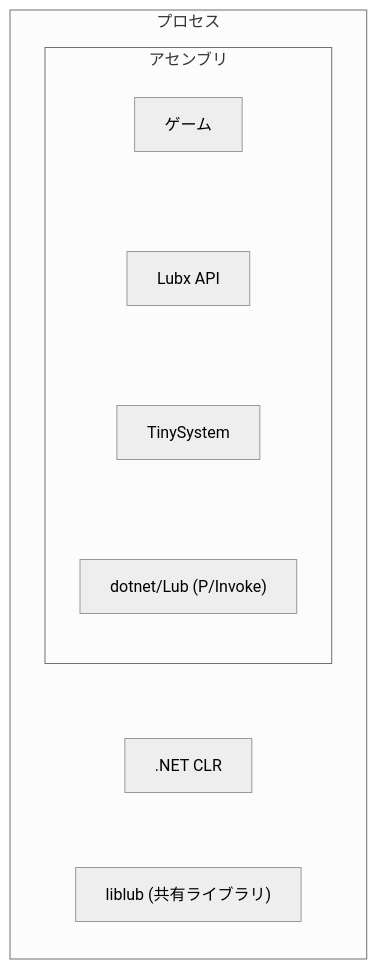
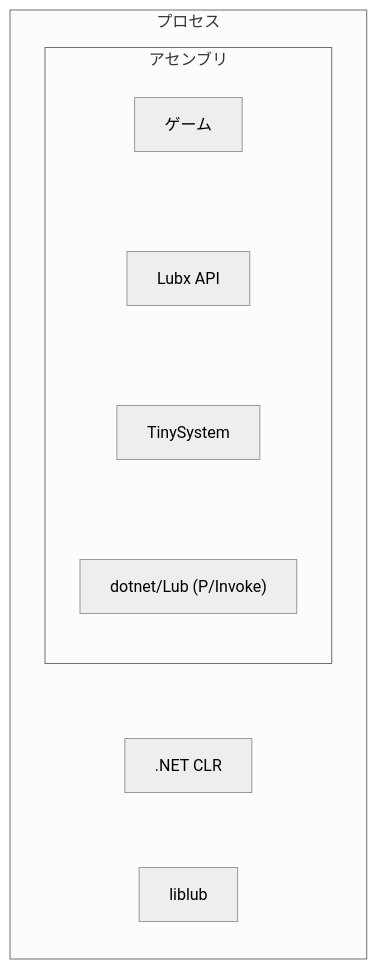
The third of 3 diagrams in docs/develop.md (neguse/lub), drawn with Mermaid (neutral theme) before and after one commit.

Commit message:
docs/develop.md の .NET モード図の liblub 表記を他と揃える

````diff
--- a/docs/develop.md
+++ b/docs/develop.md
@@ -65,12 +65,12 @@
 ```mermaid
 flowchart LR
     subgraph dn_proc["プロセス"]
         subgraph dn_mod["アセンブリ"]
             direction TB
             dn_game["ゲーム"] ~~~ dn_lubx["Lubx API"] ~~~ dn_ts["TinySystem"] ~~~ dn_facade["dotnet/Lub (P/Invoke)"]
         end
         dn_clr[".NET CLR"]
-        dn_lib["liblub (共有ライブラリ)"]
+        dn_lib["liblub"]
         dn_mod ~~~ dn_clr ~~~ dn_lib
     end
 ```
````
